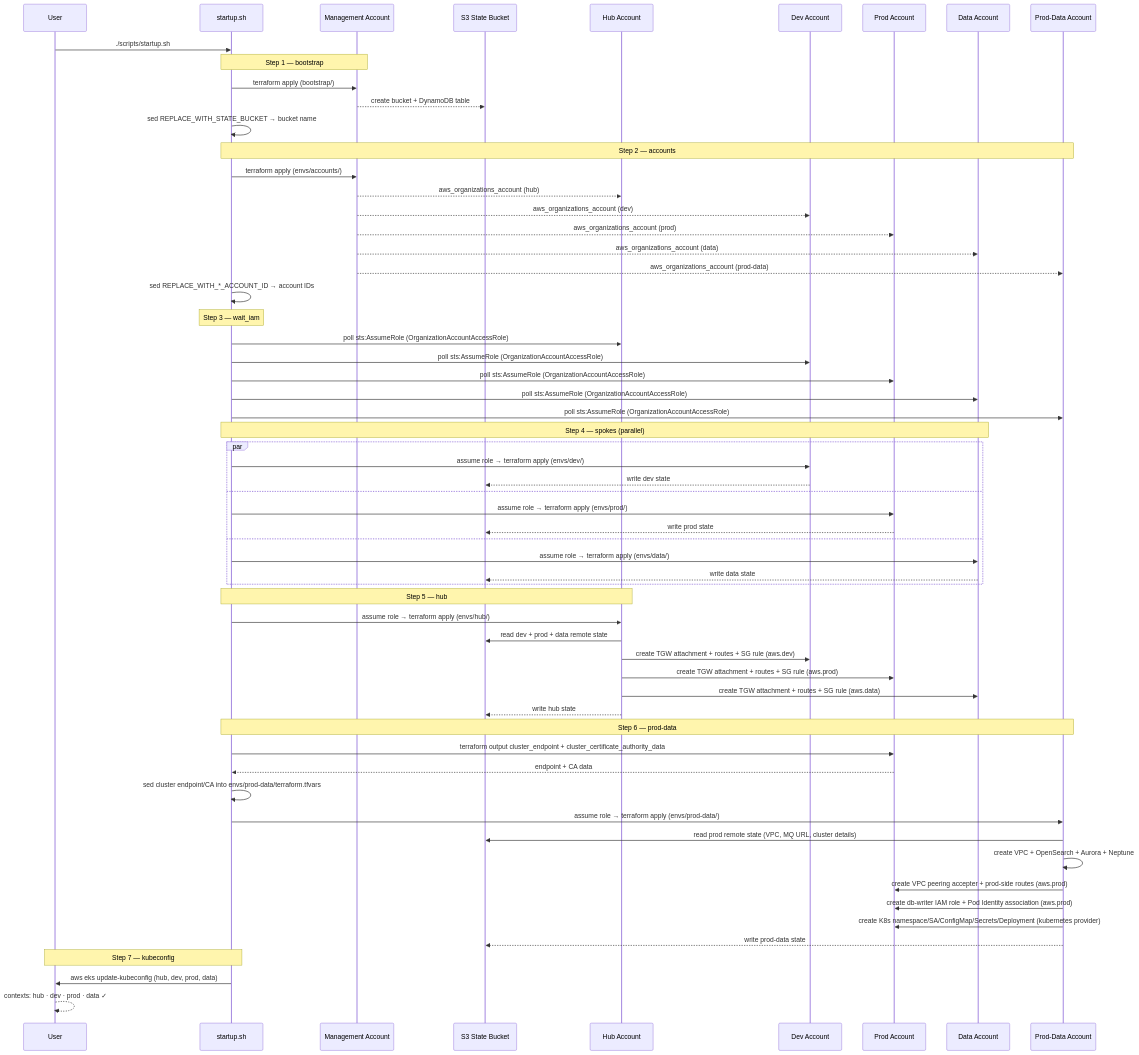
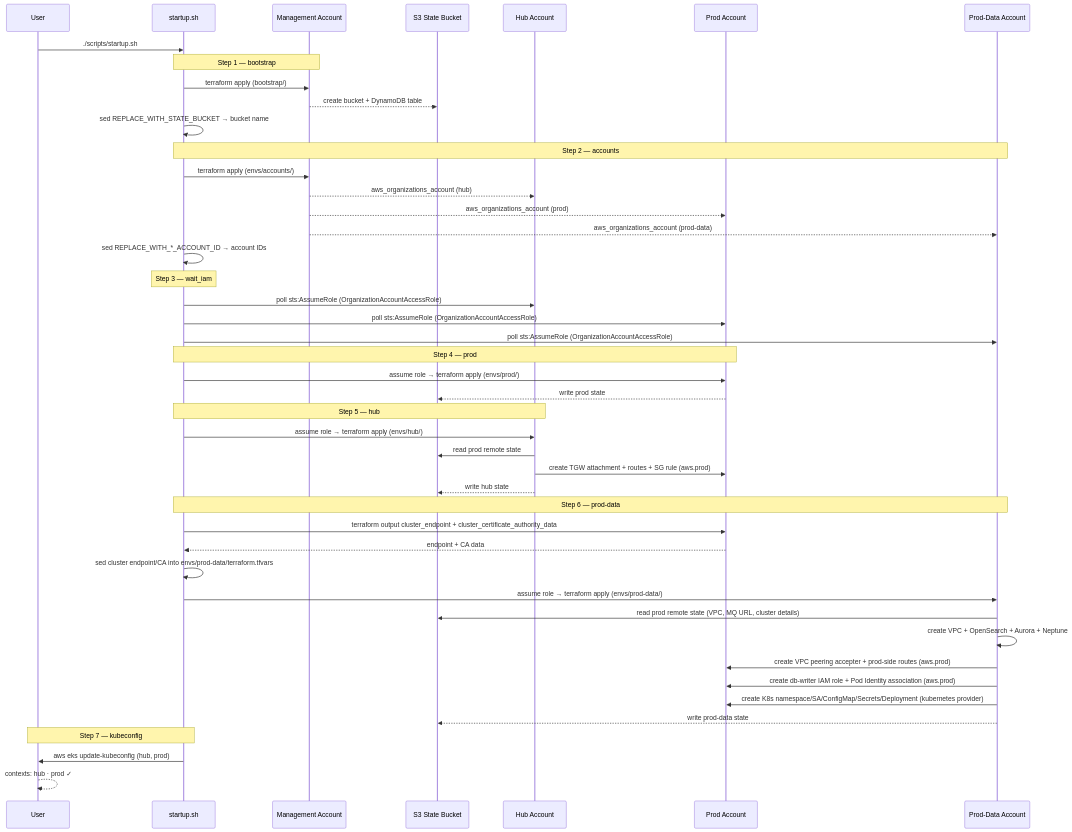
The eighth of 13 diagrams in docs/low-level-design.md (paragch/eks-hub-spoke), drawn with Mermaid before and after one commit. The commit also changed other lines of this file and 40 other files, not shown here.

First line of the commit message:
Remove dev and data accounts; simplify to hub + prod + prod-data

````diff
--- a/docs/low-level-design.md
+++ b/docs/low-level-design.md
@@ -373,71 +269,55 @@
 ```mermaid
 sequenceDiagram
   participant U  as User
   participant SH as startup.sh
   participant MGMT as Management Account
   participant S3 as S3 State Bucket
   participant HUB as Hub Account
-  participant DEV as Dev Account
   participant PROD as Prod Account
-  participant DATA as Data Account
   participant PRODDATA as Prod-Data Account
 
   U->>SH: ./scripts/startup.sh
 
   Note over SH,MGMT: Step 1 — bootstrap
   SH->>MGMT: terraform apply (bootstrap/)
   MGMT-->>S3: create bucket + DynamoDB table
   SH->>SH: sed REPLACE_WITH_STATE_BUCKET → bucket name
 
   Note over SH,PRODDATA: Step 2 — accounts
   SH->>MGMT: terraform apply (envs/accounts/)
   MGMT-->>HUB: aws_organizations_account (hub)
-  MGMT-->>DEV: aws_organizations_account (dev)
   MGMT-->>PROD: aws_organizations_account (prod)
-  MGMT-->>DATA: aws_organizations_account (data)
   MGMT-->>PRODDATA: aws_organizations_account (prod-data)
   SH->>SH: sed REPLACE_WITH_*_ACCOUNT_ID → account IDs
 
   Note over SH: Step 3 — wait_iam
   SH->>HUB:      poll sts:AssumeRole (OrganizationAccountAccessRole)
-  SH->>DEV:      poll sts:AssumeRole (OrganizationAccountAccessRole)
   SH->>PROD:     poll sts:AssumeRole (OrganizationAccountAccessRole)
-  SH->>DATA:     poll sts:AssumeRole (OrganizationAccountAccessRole)
   SH->>PRODDATA: poll sts:AssumeRole (OrganizationAccountAccessRole)
 
-  Note over SH,DATA: Step 4 — spokes (parallel)
-  par
-    SH->>DEV: assume role → terraform apply (envs/dev/)
-    DEV-->>S3: write dev state
-  and
-    SH->>PROD: assume role → terraform apply (envs/prod/)
-    PROD-->>S3: write prod state
-  and
-    SH->>DATA: assume role → terraform apply (envs/data/)
-    DATA-->>S3: write data state
-  end
+  Note over SH,PROD: Step 4 — prod
+  SH->>PROD: assume role → terraform apply (envs/prod/)
+  PROD-->>S3: write prod state
 
   Note over SH,HUB: Step 5 — hub
   SH->>HUB: assume role → terraform apply (envs/hub/)
-  HUB->>S3: read dev + prod + data remote state
-  HUB->>DEV:  create TGW attachment + routes + SG rule (aws.dev)
+  HUB->>S3: read prod remote state
   HUB->>PROD: create TGW attachment + routes + SG rule (aws.prod)
-  HUB->>DATA: create TGW attachment + routes + SG rule (aws.data)
   HUB-->>S3: write hub state
 
   Note over SH,PRODDATA: Step 6 — prod-data
   SH->>PROD: terraform output cluster_endpoint + cluster_certificate_authority_data
   PROD-->>SH: endpoint + CA data
   SH->>SH: sed cluster endpoint/CA into envs/prod-data/terraform.tfvars
   SH->>PRODDATA: assume role → terraform apply (envs/prod-data/)
   PRODDATA->>S3: read prod remote state (VPC, MQ URL, cluster details)
   PRODDATA->>PRODDATA: create VPC + OpenSearch + Aurora + Neptune
   PRODDATA->>PROD: create VPC peering accepter + prod-side routes (aws.prod)
   PRODDATA->>PROD: create db-writer IAM role + Pod Identity association (aws.prod)
   PRODDATA->>PROD: create K8s namespace/SA/ConfigMap/Secrets/Deployment (kubernetes provider)
   PRODDATA-->>S3: write prod-data state
 
   Note over SH,U: Step 7 — kubeconfig
-  SH->>U: aws eks update-kubeconfig (hub, dev, prod, data)
-  U-->>U: contexts: hub · dev · prod · data ✓
+  SH->>U: aws eks update-kubeconfig (hub, prod)
+  U-->>U: contexts: hub · prod ✓
 ```
````
